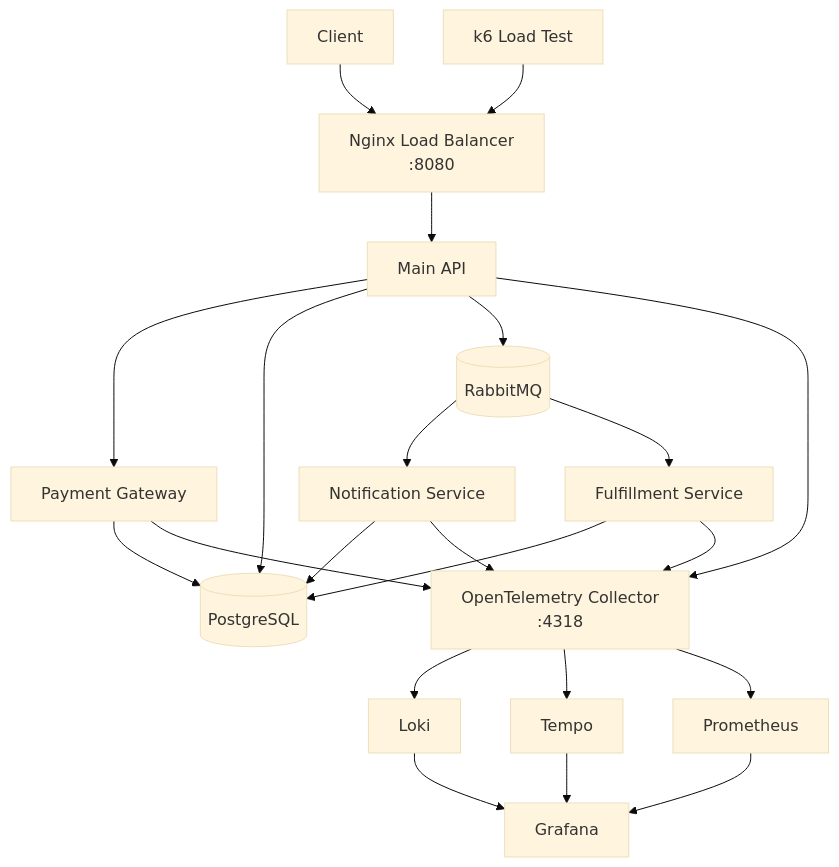
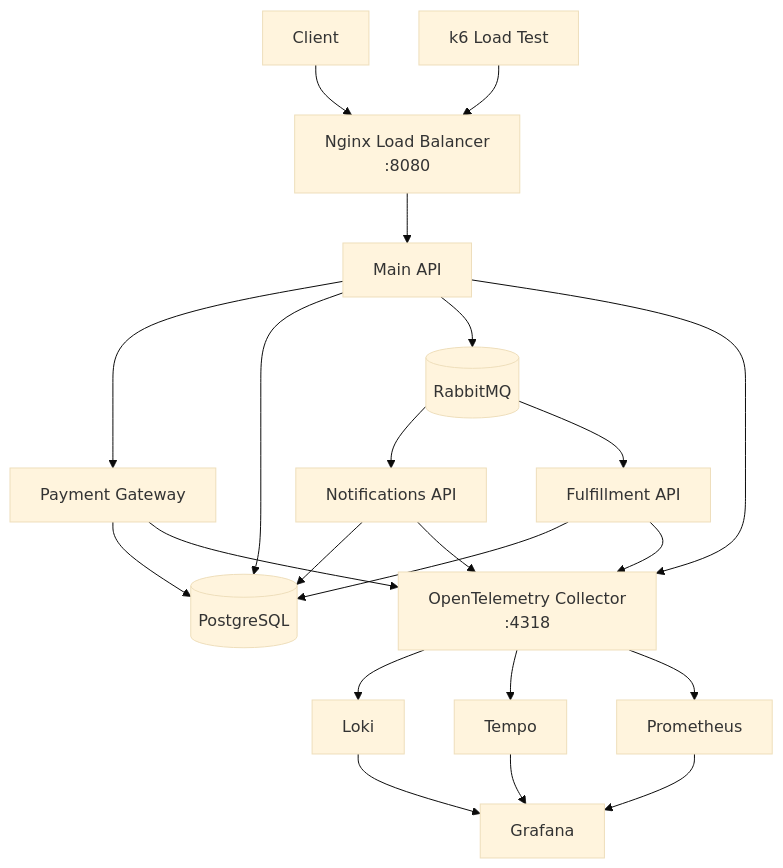
One commit to wichurax/SerilogDemo changed the diagram in README.md. Above: the diagram before and after it, drawn with Mermaid (base theme). The commit also changed other lines of this file and 104 other files, not shown here.

First line of the commit message:
feat: Implement Notifications API with email and SMS notification services

````diff
--- a/README.md
+++ b/README.md
@@ -17,26 +17,26 @@
 ```mermaid
 flowchart TB
   Client[Client] --> LB[Nginx Load Balancer<br/>:8080]
   LB --> API[Main API]
   API --> PGW[Payment Gateway]
   API --> DB[(PostgreSQL)]
   PGW --> DB
   API --> RMQ[(RabbitMQ)]
-  RMQ --> NOTIFY[Notification Service]
-  RMQ --> FULFILL[Fulfillment Service]
+  RMQ --> NOTIFY[Notifications API]
+  RMQ --> FULFILL[Fulfillment API]
   NOTIFY --> DB
   FULFILL --> DB
 
   API --> OTel[OpenTelemetry Collector<br/>:4318]
   PGW --> OTel
   NOTIFY --> OTel
   FULFILL --> OTel
   OTel --> Loki[Loki]
   OTel --> Tempo[Tempo]
   OTel --> Prom[Prometheus]
   Loki --> Grafana[Grafana]
   Tempo --> Grafana
   Prom --> Grafana
 
   K6[k6 Load Test] --> LB
 ```
````
